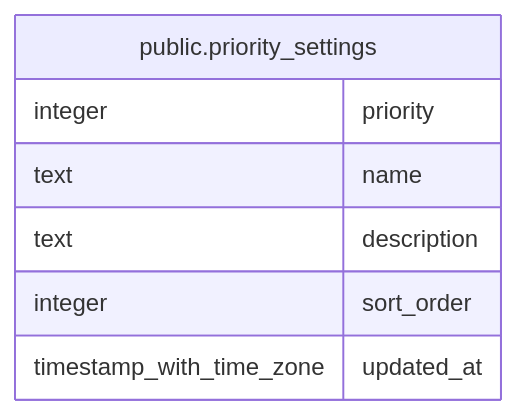
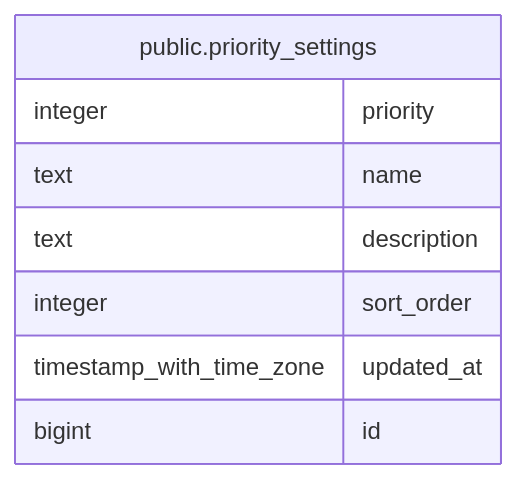
Before and after one commit to fohte/tq: the diagram in api/docs/db/public.priority_settings.md, drawn with Mermaid. The commit also changed other lines of this file and 14 other files, not shown here.

````diff
--- a/api/docs/db/public.priority_settings.md
+++ b/api/docs/db/public.priority_settings.md
@@ -37,12 +42,13 @@
 ```mermaid
 erDiagram
 
 
 "public.priority_settings" {
   integer priority
   text name
   text description
   integer sort_order
   timestamp_with_time_zone updated_at
+  bigint id
 }
 ```
````
